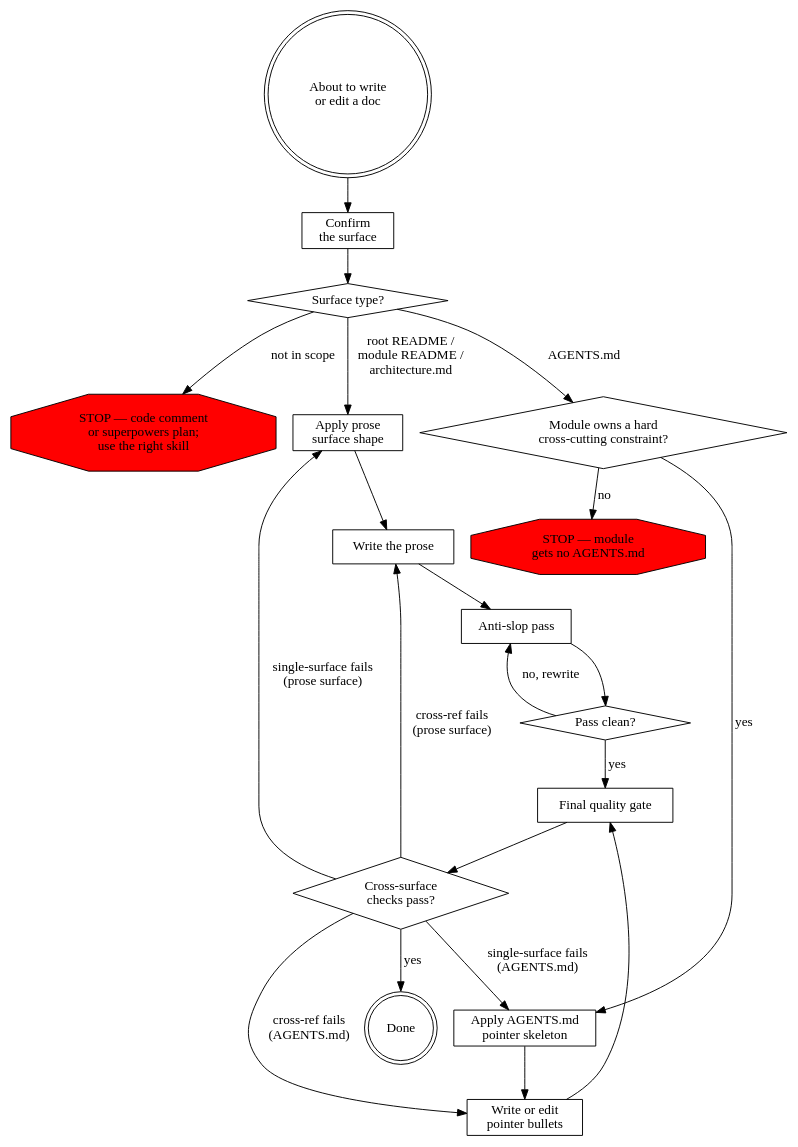
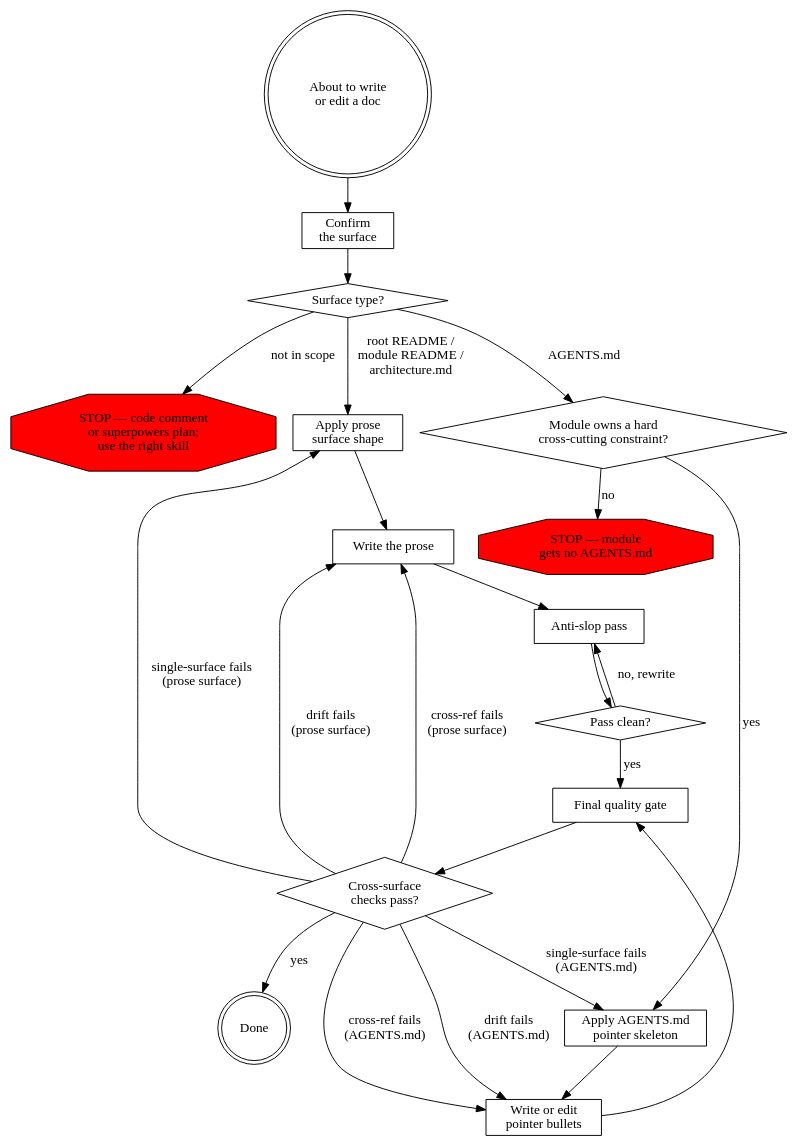
One commit to it-bens/cc-port changed the diagram in .claude/skills/writing-docs/SKILL.md. Above: the diagram before and after it, drawn with Graphviz. The commit also changed other lines of this file and 16 other files, not shown here.

````diff
--- a/.claude/skills/writing-docs/SKILL.md
+++ b/.claude/skills/writing-docs/SKILL.md
@@ -17,46 +17,48 @@
 ```dot
 digraph docs_workflow {
     entry [shape=doublecircle, label="About to write\nor edit a doc"];
     surface [shape=box, label="Confirm\nthe surface"];
     branch [shape=diamond, label="Surface type?"];
     out_of_scope [shape=octagon, style=filled, fillcolor=red, label="STOP — code comment\nor superpowers plan;\nuse the right skill"];
 
     prose_shape [shape=box, label="Apply prose\nsurface shape"];
     prose_write [shape=box, label="Write the prose"];
     slop [shape=box, label="Anti-slop pass"];
     slop_clean [shape=diamond, label="Pass clean?"];
 
     agents_existence [shape=diamond, label="Module owns a hard\ncross-cutting constraint?"];
     no_agents [shape=octagon, style=filled, fillcolor=red, label="STOP — module\ngets no AGENTS.md"];
     agents_shape [shape=box, label="Apply AGENTS.md\npointer skeleton"];
     agents_write [shape=box, label="Write or edit\npointer bullets"];
 
     gate [shape=box, label="Final quality gate"];
     gate_pass [shape=diamond, label="Cross-surface\nchecks pass?"];
     done [shape=doublecircle, label="Done"];
 
     entry -> surface;
     surface -> branch;
     branch -> out_of_scope [label="not in scope"];
     branch -> prose_shape [label="root README /\nmodule README /\narchitecture.md"];
     branch -> agents_existence [label="AGENTS.md"];
 
     prose_shape -> prose_write;
     prose_write -> slop;
     slop -> slop_clean;
     slop_clean -> slop [label="no, rewrite"];
     slop_clean -> gate [label="yes"];
 
     agents_existence -> no_agents [label="no"];
     agents_existence -> agents_shape [label="yes"];
     agents_shape -> agents_write;
     agents_write -> gate;
 
     gate -> gate_pass;
     gate_pass -> done [label="yes"];
     gate_pass -> prose_shape [label="single-surface fails\n(prose surface)"];
     gate_pass -> agents_shape [label="single-surface fails\n(AGENTS.md)"];
     gate_pass -> prose_write [label="cross-ref fails\n(prose surface)"];
     gate_pass -> agents_write [label="cross-ref fails\n(AGENTS.md)"];
+    gate_pass -> prose_write [label="drift fails\n(prose surface)"];
+    gate_pass -> agents_write [label="drift fails\n(AGENTS.md)"];
 }
 ```
````
